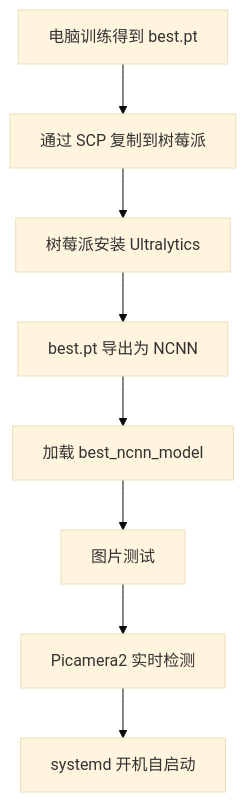
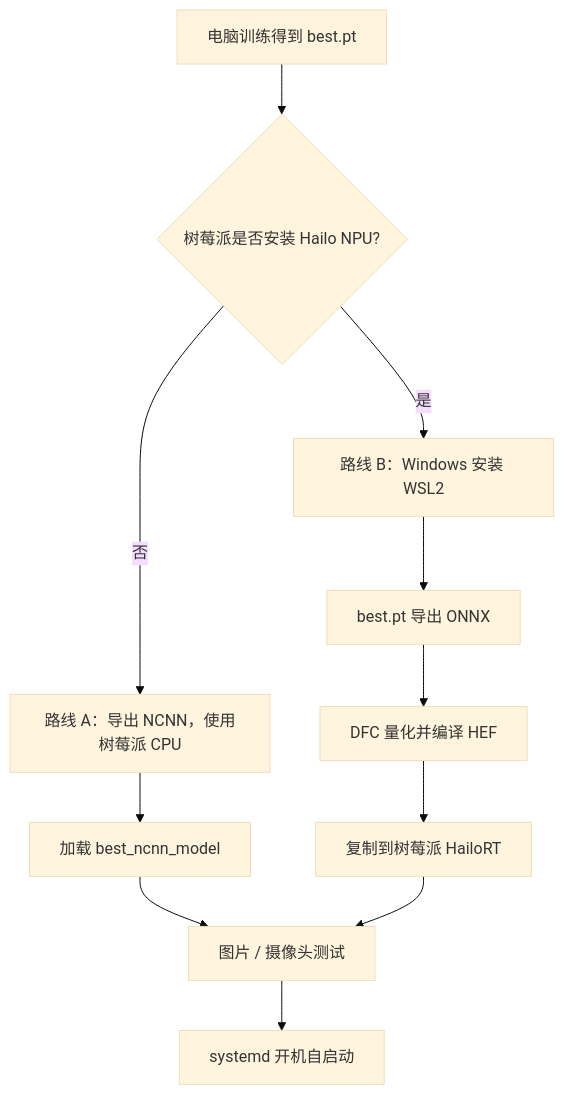
One commit to lhyzs-hub/lhyzs changed the second of 2 diagrams in docs/notes/工科学习/视觉/YOLO26零基础实战笔记.md. Above: the diagram before and after it, drawn with Mermaid (base theme). The commit also changed other lines of this file and 44 other files, not shown here.

````diff
--- a/docs/notes/工科学习/视觉/YOLO26零基础实战笔记.md
+++ b/docs/notes/工科学习/视觉/YOLO26零基础实战笔记.md
@@ -464,10 +772,13 @@
 ```mermaid
 flowchart TD
-    A["电脑训练得到 best.pt"] --> B["通过 SCP 复制到树莓派"]
-    B --> C["树莓派安装 Ultralytics"]
-    C --> D["best.pt 导出为 NCNN"]
-    D --> E["加载 best_ncnn_model"]
-    E --> F["图片测试"]
-    F --> G["Picamera2 实时检测"]
-    G --> H["systemd 开机自启动"]
+    A["电脑训练得到 best.pt"] --> B{"树莓派是否安装 Hailo NPU?"}
+    B -->|否| C["路线 A：导出 NCNN，使用树莓派 CPU"]
+    C --> D["加载 best_ncnn_model"]
+    B -->|是| E["路线 B：Windows 安装 WSL2"]
+    E --> F["best.pt 导出 ONNX"]
+    F --> G["DFC 量化并编译 HEF"]
+    G --> H["复制到树莓派 HailoRT"]
+    D --> I["图片 / 摄像头测试"]
+    H --> I
+    I --> J["systemd 开机自启动"]
 ```
````
